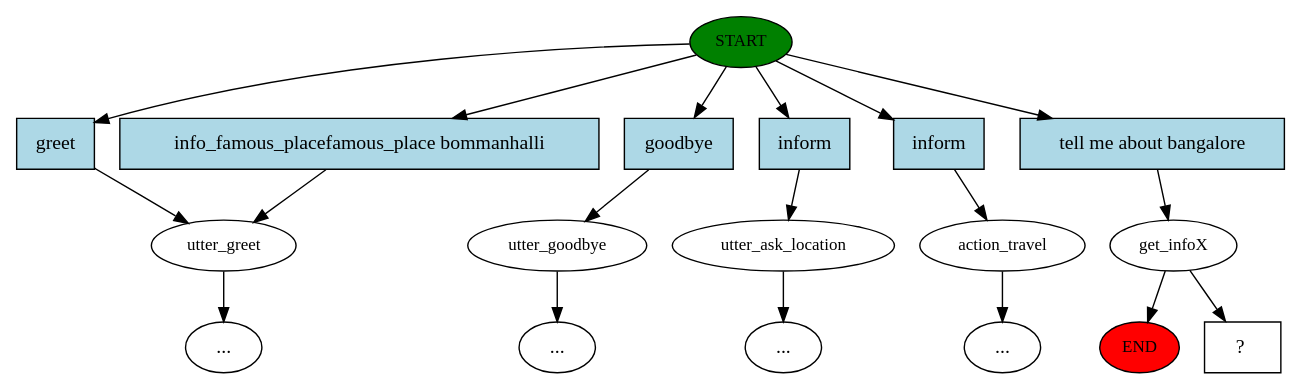
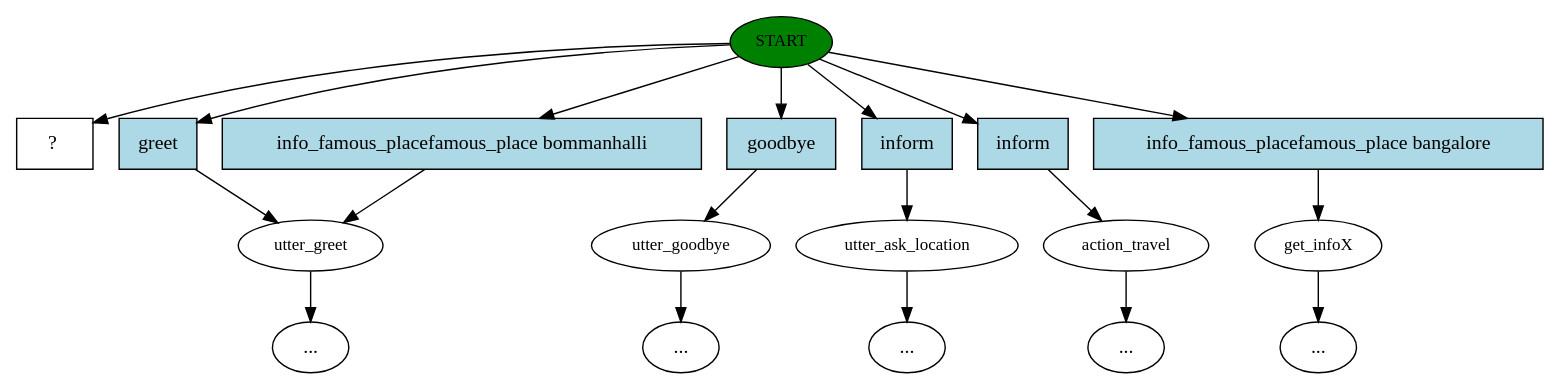
One commit to CYPHR2/Travel_Chat_Bot changed the diagram in workingCode_updated_version/story_graph.dot. Above: the diagram before and after it, drawn with Graphviz. The commit also changed 44 other files, not shown here.

```diff
--- a/workingCode_updated_version/story_graph.dot
+++ b/workingCode_updated_version/story_graph.dot
@@ -1,38 +1,38 @@
 digraph  {
 0 [class="start active", fillcolor=green, fontsize=12, label=START, style=filled];
-"-1" [class=end, fillcolor=red, fontsize=12, label=END, style=filled];
 1 [class="", fontsize=12, label=utter_greet];
 4 [class="", fontsize=12, label=utter_goodbye];
 "-6" [class=ellipsis, label="..."];
 5 [class="", fontsize=12, label=utter_ask_location];
 "-7" [class=ellipsis, label="..."];
 6 [class="", fontsize=12, label=action_travel];
 "-8" [class=ellipsis, label="..."];
 "-17" [class=ellipsis, label="..."];
-16 [class=active, fontsize=12, label=get_infoX];
+16 [class="", fontsize=12, label=get_infoX];
+"-19" [class=ellipsis, label="..."];
 18 [class="intent dashed active", label="  ?  ", shape=rect];
 19 [class=intent, fillcolor=lightblue, label=greet, shape=rect, style=filled];
 20 [class=intent, fillcolor=lightblue, label="info_famous_placefamous_place bommanhalli", shape=rect, style=filled];
 21 [class=intent, fillcolor=lightblue, label=goodbye, shape=rect, style=filled];
 22 [class=intent, fillcolor=lightblue, label=inform, shape=rect, style=filled];
 23 [class=intent, fillcolor=lightblue, label=inform, shape=rect, style=filled];
-24 [class="intent active", fillcolor=lightblue, label="tell me about bangalore", shape=rect, style=filled];
+24 [class=intent, fillcolor=lightblue, label="info_famous_placefamous_place bangalore", shape=rect, style=filled];
+0 -> 18  [class=active, key=NONE, label=""];
 0 -> 19  [class="", key=0];
 0 -> 20  [class="", key=0];
 0 -> 21  [class="", key=0];
 0 -> 22  [class="", key=0];
 0 -> 23  [class="", key=0];
-0 -> 24  [class=active, key=0];
+0 -> 24  [class="", key=0];
 1 -> "-17"  [class="", key=NONE, label=""];
 4 -> "-6"  [class="", key=NONE, label=""];
 5 -> "-7"  [class="", key=NONE, label=""];
 6 -> "-8"  [class="", key=NONE, label=""];
-16 -> "-1"  [class="", key=NONE, label=""];
-16 -> 18  [class=active, key=NONE, label=""];
+16 -> "-19"  [class="", key=NONE, label=""];
 19 -> 1  [class="", key=0];
 20 -> 1  [class="", key=0];
 21 -> 4  [class="", key=0];
 22 -> 5  [class="", key=0];
 23 -> 6  [class="", key=0];
-24 -> 16  [class=active, key=0];
+24 -> 16  [class="", key=0];
 }
```
